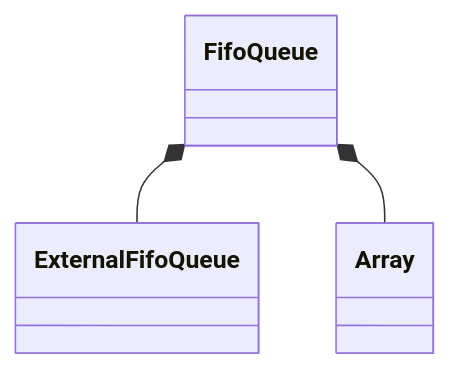
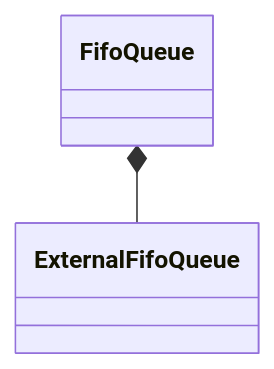
Before and after one commit to nasa/fprime: the diagram in Fw/DataStructures/docs/FifoQueue.md, drawn with Mermaid. The commit also changed other lines of this file, not shown here.

Commit message:
Revise SDD for FifoQueue

````diff
--- a/Fw/DataStructures/docs/FifoQueue.md
+++ b/Fw/DataStructures/docs/FifoQueue.md
@@ -34,5 +32,4 @@
 ```mermaid
 classDiagram
     FifoQueue *-- ExternalFifoQueue
-    FifoQueue *-- Array
 ```
````
